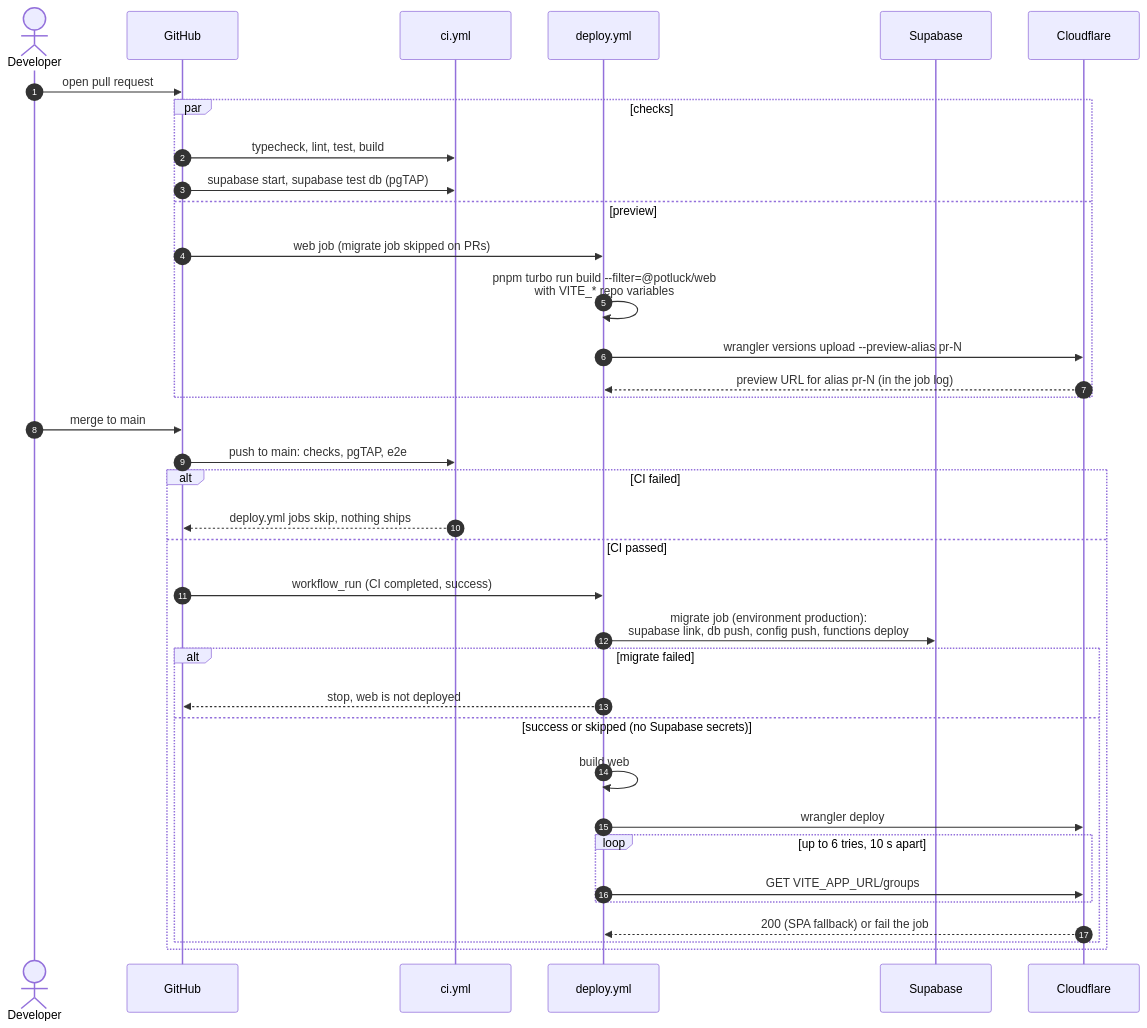
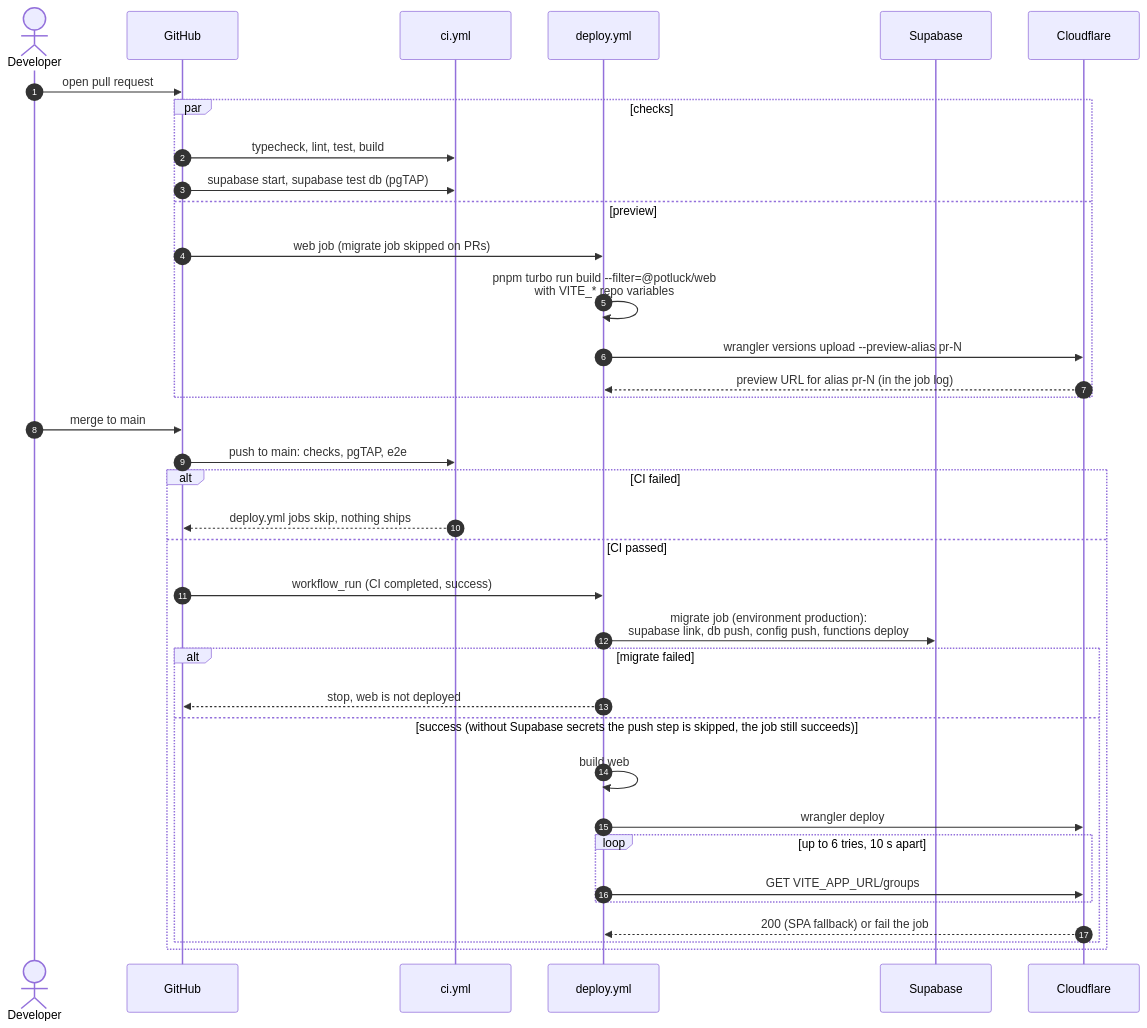
Before and after one commit to Fermulate/potluck: diagram 14 of 14 in docs/sequences.md, drawn with Mermaid. The commit also changed 8 other files, not shown here.

````diff
--- a/docs/sequences.md
+++ b/docs/sequences.md
@@ -450,39 +450,39 @@
 ```mermaid
 sequenceDiagram
   autonumber
   actor D as Developer
   participant GH as GitHub
   participant CI as ci.yml
   participant DP as deploy.yml
   participant SB as Supabase
   participant CF as Cloudflare
 
   D->>GH: open pull request
   par checks
     GH->>CI: typecheck, lint, test, build
     GH->>CI: supabase start, supabase test db (pgTAP)
   and preview
     GH->>DP: web job (migrate job skipped on PRs)
     DP->>DP: pnpm turbo run build --filter=@potluck/web<br/>with VITE_* repo variables
     DP->>CF: wrangler versions upload --preview-alias pr-N
     CF-->>DP: preview URL for alias pr-N (in the job log)
   end
   D->>GH: merge to main
   GH->>CI: push to main: checks, pgTAP, e2e
   alt CI failed
     CI-->>GH: deploy.yml jobs skip, nothing ships
   else CI passed
   GH->>DP: workflow_run (CI completed, success)
   DP->>SB: migrate job (environment production):<br/>supabase link, db push, config push, functions deploy
   alt migrate failed
     DP-->>GH: stop, web is not deployed
-  else success or skipped (no Supabase secrets)
+  else success (without Supabase secrets the push step is skipped, the job still succeeds)
     DP->>DP: build web
     DP->>CF: wrangler deploy
     loop up to 6 tries, 10 s apart
       DP->>CF: GET VITE_APP_URL/groups
     end
     CF-->>DP: 200 (SPA fallback) or fail the job
   end
   end
 ```
````
